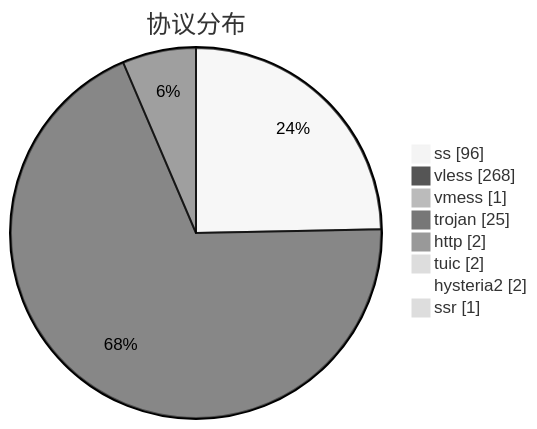
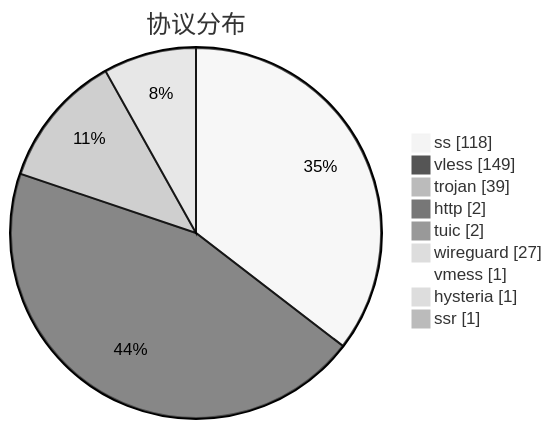
The third of 3 diagrams in subs/statistics/tested_within.md (qjlxg/airport), drawn with Mermaid (neutral theme) before and after one commit. The commit also changed other lines of this file and 2 other files, not shown here.

````diff
--- a/subs/statistics/tested_within.md
+++ b/subs/statistics/tested_within.md
@@ -30,12 +29,13 @@
 ```mermaid
 pie showData
 title 协议分布
-"ss" : 96
-"vless" : 268
-"vmess" : 1
-"trojan" : 25
+"ss" : 118
+"vless" : 149
+"trojan" : 39
 "http" : 2
 "tuic" : 2
-"hysteria2" : 2
+"wireguard" : 27
+"vmess" : 1
+"hysteria" : 1
 "ssr" : 1
 ```
````
